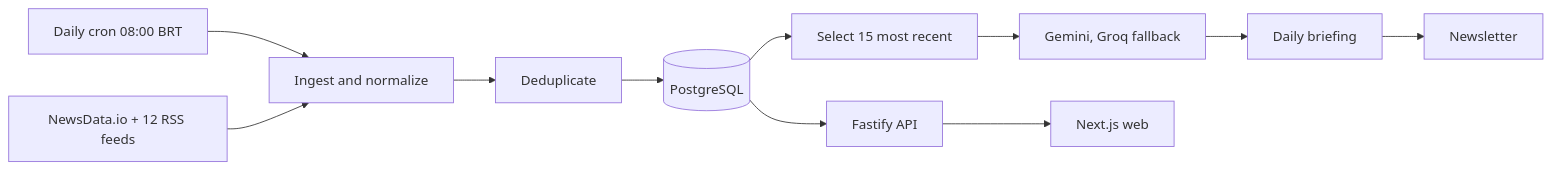
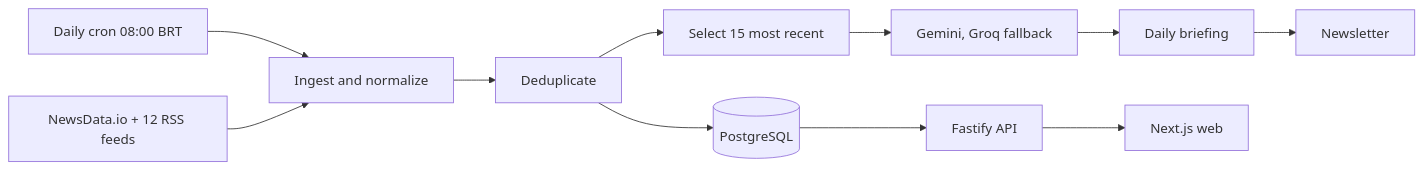
One commit to tavinholoco/newra-news changed the diagram in README.md. Above: the diagram before and after it, drawn with Mermaid. The commit also changed other lines of this file and 12 other files, not shown here.

````diff
--- a/README.md
+++ b/README.md
@@ -76,13 +76,13 @@
 ```mermaid
 flowchart LR
     CRON["Daily cron 08:00 BRT"] --> ING[Ingest and normalize]
     SRC["NewsData.io + 12 RSS feeds"] --> ING
     ING --> DEDUP[Deduplicate]
     DEDUP --> DB[(PostgreSQL)]
-    DB --> SEL[Select 15 most recent]
+    DEDUP --> SEL[Select 15 most recent]
     SEL --> AI["Gemini, Groq fallback"]
     AI --> ART[Daily briefing]
     ART --> MAIL[Newsletter]
     DB --> API[Fastify API]
     API --> WEB[Next.js web]
 ```
````
